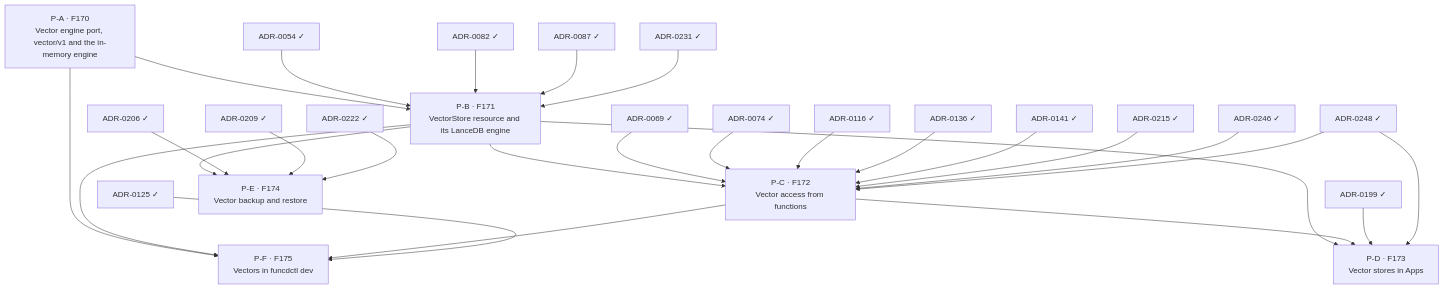
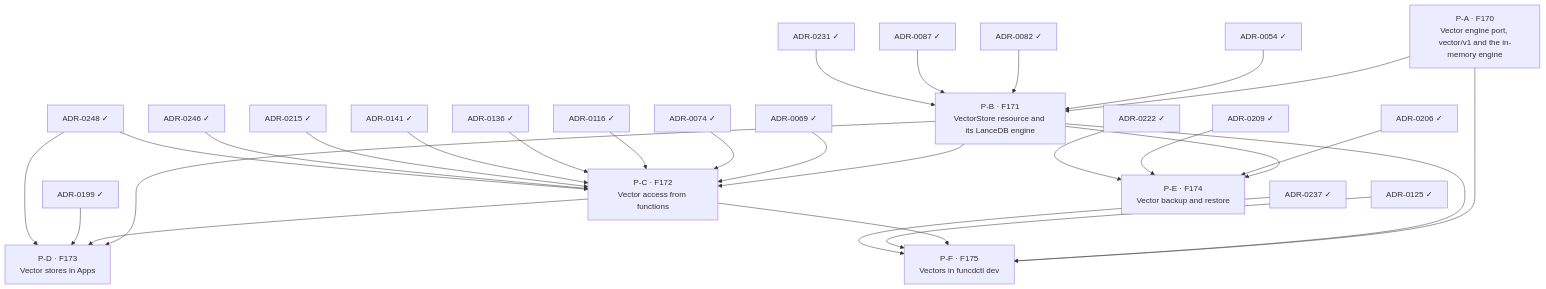
One commit to jay23606/funcd changed the diagram in docs/roadmap/vector-delivery-plan.md. Above: the diagram before and after it, drawn with Mermaid. The commit also changed other lines of this file and 3 other files, not shown here.

````diff
--- a/docs/roadmap/vector-delivery-plan.md
+++ b/docs/roadmap/vector-delivery-plan.md
@@ -37,53 +37,55 @@
 ```mermaid
 flowchart TB
     ADR_0054["ADR-0054 ✓"]
     ADR_0069["ADR-0069 ✓"]
     ADR_0074["ADR-0074 ✓"]
     ADR_0082["ADR-0082 ✓"]
     ADR_0087["ADR-0087 ✓"]
     ADR_0116["ADR-0116 ✓"]
     ADR_0125["ADR-0125 ✓"]
     ADR_0136["ADR-0136 ✓"]
     ADR_0141["ADR-0141 ✓"]
     ADR_0199["ADR-0199 ✓"]
     ADR_0206["ADR-0206 ✓"]
     ADR_0209["ADR-0209 ✓"]
     ADR_0215["ADR-0215 ✓"]
     ADR_0222["ADR-0222 ✓"]
     ADR_0231["ADR-0231 ✓"]
+    ADR_0237["ADR-0237 ✓"]
     ADR_0246["ADR-0246 ✓"]
     ADR_0248["ADR-0248 ✓"]
     P_A["P-A · F170<br/>Vector engine port, vector/v1 and the in-memory engine"]
     P_B["P-B · F171<br/>VectorStore resource and its LanceDB engine"]
     P_C["P-C · F172<br/>Vector access from functions"]
     P_D["P-D · F173<br/>Vector stores in Apps"]
     P_E["P-E · F174<br/>Vector backup and restore"]
     P_F["P-F · F175<br/>Vectors in funcdctl dev"]
 
     P_A --> P_B
     ADR_0054 --> P_B
     ADR_0082 --> P_B
     ADR_0087 --> P_B
     ADR_0231 --> P_B
     P_B --> P_C
     ADR_0069 --> P_C
     ADR_0074 --> P_C
     ADR_0116 --> P_C
     ADR_0136 --> P_C
     ADR_0141 --> P_C
     ADR_0215 --> P_C
     ADR_0246 --> P_C
     ADR_0248 --> P_C
     P_B --> P_D
     P_C --> P_D
     ADR_0199 --> P_D
     ADR_0248 --> P_D
     P_B --> P_E
     ADR_0206 --> P_E
     ADR_0209 --> P_E
     ADR_0222 --> P_E
     P_A --> P_F
     P_B --> P_F
     P_C --> P_F
     ADR_0125 --> P_F
+    ADR_0237 --> P_F
 ```
````
